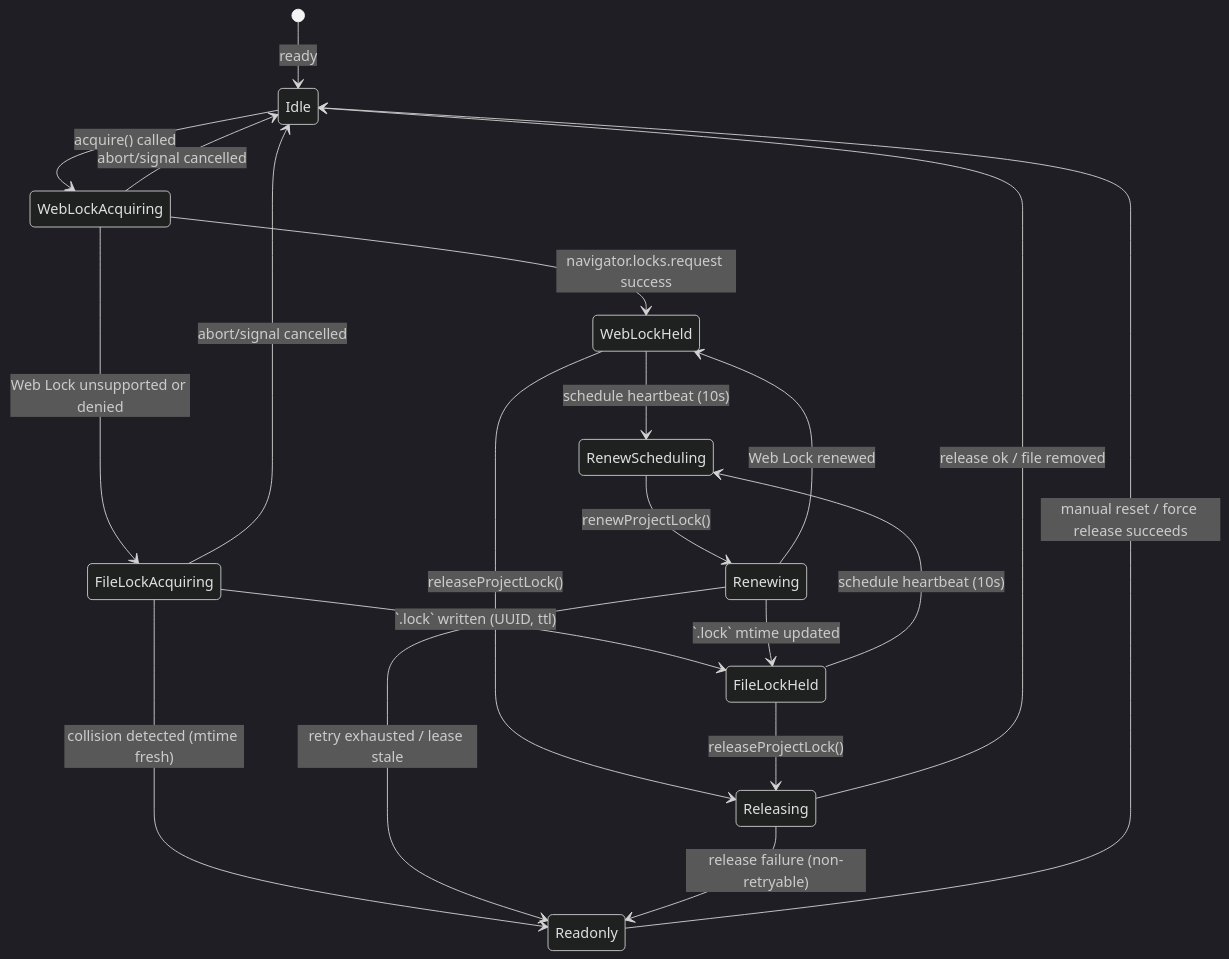
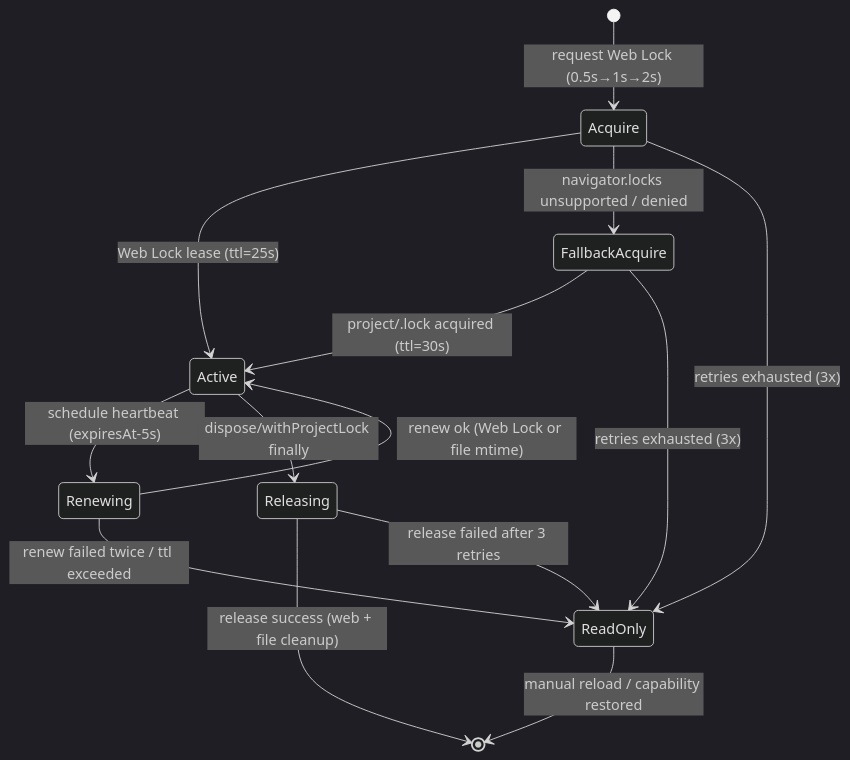
One commit to RNA4219/Conimgponic changed the diagram in docs/design/autosave-locks.md. Above: the diagram before and after it, drawn with Mermaid (dark theme). The commit also changed other lines of this file, not shown here.

Commit message:
docs: refine autosave lock design

````diff
--- a/docs/design/autosave-locks.md
+++ b/docs/design/autosave-locks.md
@@ -6,22 +11,16 @@
 ```mermaid
 stateDiagram-v2
-    [*] --> Idle: ready
-    Idle --> WebLockAcquiring: acquire() called
-    WebLockAcquiring --> WebLockHeld: navigator.locks.request success
-    WebLockAcquiring --> FileLockAcquiring: Web Lock unsupported or denied
-    WebLockAcquiring --> Idle: abort/signal cancelled
-    FileLockAcquiring --> FileLockHeld: `.lock` written (UUID, ttl)
-    FileLockAcquiring --> Readonly: collision detected (mtime fresh)
-    FileLockAcquiring --> Idle: abort/signal cancelled
-    WebLockHeld --> RenewScheduling: schedule heartbeat (10s)
-    FileLockHeld --> RenewScheduling: schedule heartbeat (10s)
-    RenewScheduling --> Renewing: renewProjectLock()
-    Renewing --> WebLockHeld: Web Lock renewed
-    Renewing --> FileLockHeld: `.lock` mtime updated
-    Renewing --> Readonly: retry exhausted / lease stale
-    WebLockHeld --> Releasing: releaseProjectLock()
-    FileLockHeld --> Releasing: releaseProjectLock()
-    Releasing --> Idle: release ok / file removed
-    Releasing --> Readonly: release failure (non-retryable)
-    Readonly --> Idle: manual reset / force release succeeds
+    [*] --> Acquire: request Web Lock (0.5s→1s→2s)
+    Acquire --> Active: Web Lock lease (ttl=25s)
+    Acquire --> FallbackAcquire: navigator.locks unsupported / denied
+    FallbackAcquire --> Active: project/.lock acquired (ttl=30s)
+    Acquire --> ReadOnly: retries exhausted (3x)
+    FallbackAcquire --> ReadOnly: retries exhausted (3x)
+    Active --> Renewing: schedule heartbeat (expiresAt-5s)
+    Renewing --> Active: renew ok (Web Lock or file mtime)
+    Renewing --> ReadOnly: renew failed twice / ttl exceeded
+    Active --> Releasing: dispose/withProjectLock finally
+    Releasing --> [*]: release success (web + file cleanup)
+    Releasing --> ReadOnly: release failed after 3 retries
+    ReadOnly --> [*]: manual reload / capability restored
 ```
````
